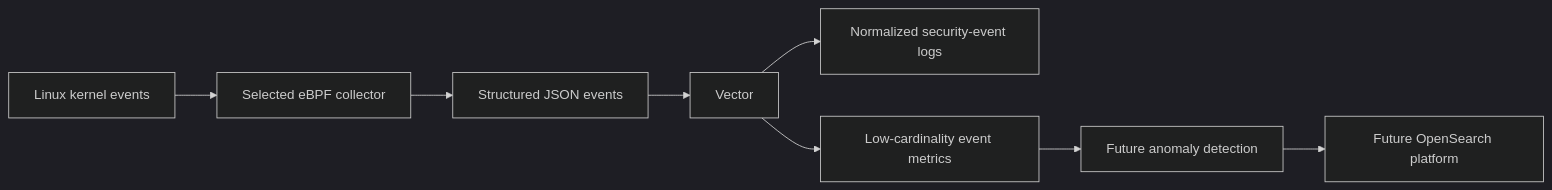
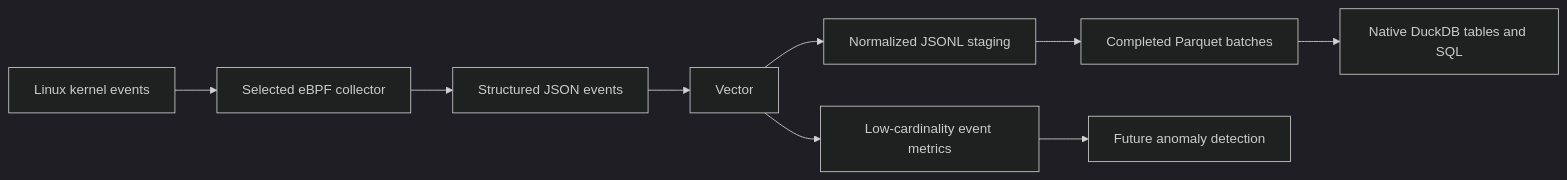
Before and after one commit to sohampachpande/container-runtime-debugger: the diagram in docs/design.md, drawn with Mermaid (dark theme). The commit also changed other lines of this file and 9 other files, not shown here.

````diff
--- a/docs/design.md
+++ b/docs/design.md
@@ -59,10 +65,11 @@
 ```mermaid
 flowchart LR
     K[Linux kernel events] --> A[Selected eBPF collector]
     A --> J[Structured JSON events]
     J --> V[Vector]
-    V --> L[Normalized security-event logs]
+    V --> L[Normalized JSONL staging]
+    L --> P[Completed Parquet batches]
+    P --> Q[Native DuckDB tables and SQL]
     V --> M[Low-cardinality event metrics]
     M --> D[Future anomaly detection]
-    D --> O[Future OpenSearch platform]
 ```
````
